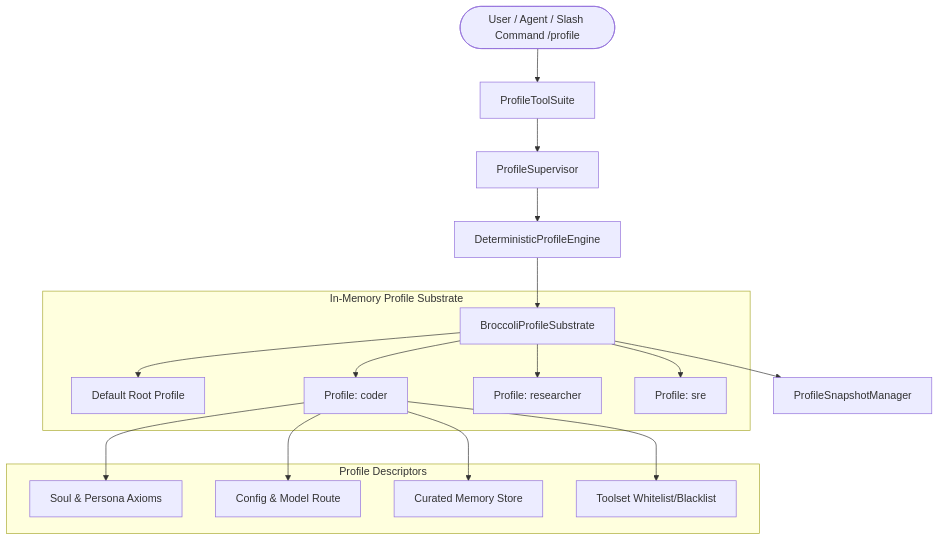
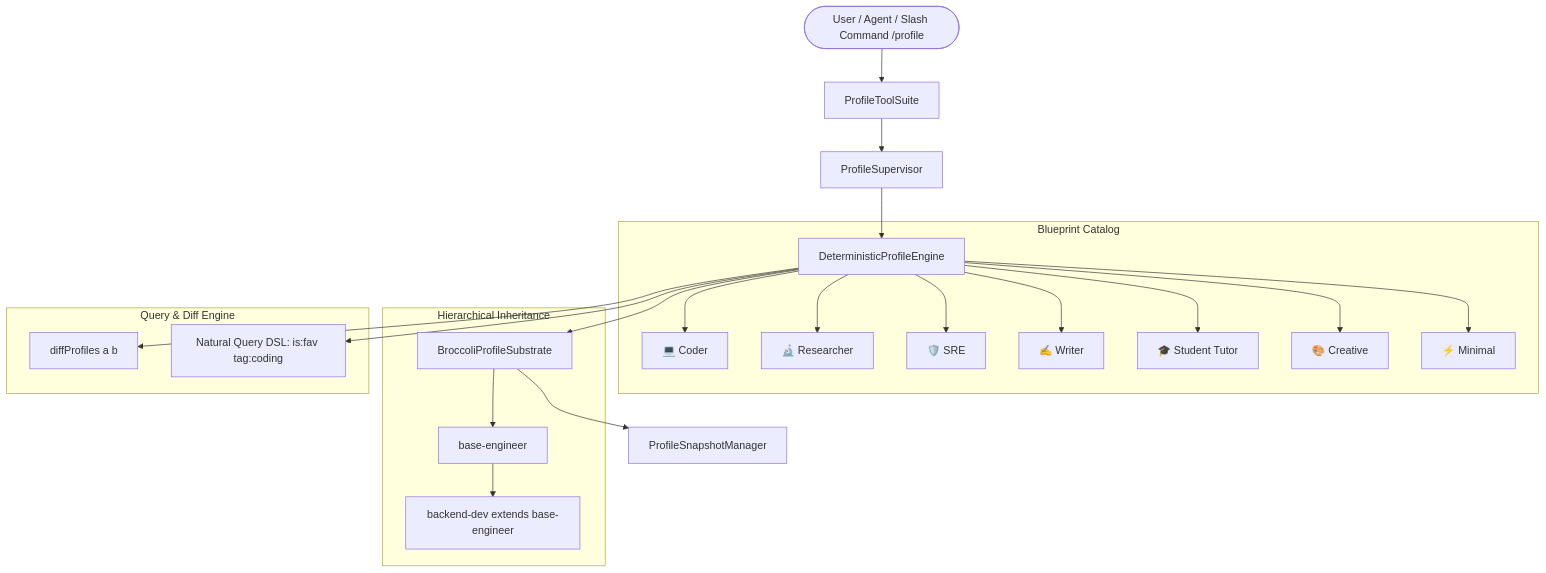
The diagram in .wiki/adr/ADR-119-persistent-multi-profile-isolation-and-routing.md (CardSorting/LUMI-JOY), drawn with Mermaid before and after one commit. The commit also changed other lines of this file and 8 other files, not shown here.

Commit message:
feat(profiles): elevate profile architecture to world-class standards with blueprints catalog, hierarchical inheritance, diffing, and natural query DSL (ADR-119)

````diff
--- a/.wiki/adr/ADR-119-persistent-multi-profile-isolation-and-routing.md
+++ b/.wiki/adr/ADR-119-persistent-multi-profile-isolation-and-routing.md
@@ -10,22 +10,28 @@
 ```mermaid
 graph TD
   Client([User / Agent / Slash Command /profile]) --> PTS[ProfileToolSuite]
   PTS --> PS[ProfileSupervisor]
   PS --> DPE[DeterministicProfileEngine]
   DPE --> BPS[BroccoliProfileSubstrate]
   BPS --> PSM[ProfileSnapshotManager]
 
-  subgraph In-Memory Profile Substrate
-    BPS --> Def[Default Root Profile]
-    BPS --> P1[Profile: coder]
-    BPS --> P2[Profile: researcher]
-    BPS --> P3[Profile: sre]
+  subgraph Blueprint Catalog
+    DPE --> BPCoder[💻 Coder]
+    DPE --> BPRes[🔬 Researcher]
+    DPE --> BPSre[🛡️ SRE]
+    DPE --> BPWriter[✍️ Writer]
+    DPE --> BPStudent[🎓 Student Tutor]
+    DPE --> BPCreative[🎨 Creative]
+    DPE --> BPMinimal[⚡ Minimal]
   end
 
-  subgraph Profile Descriptors
-    P1 --> S1[Soul & Persona Axioms]
-    P1 --> C1[Config & Model Route]
-    P1 --> M1[Curated Memory Store]
-    P1 --> T1[Toolset Whitelist/Blacklist]
+  subgraph Hierarchical Inheritance
+    BPS --> Base[base-engineer]
+    Base --> Child[backend-dev extends base-engineer]
+  end
+
+  subgraph Query & Diff Engine
+    DPE --> DiffEngine[diffProfiles a b]
+    DPE --> DSLParser[Natural Query DSL: is:fav tag:coding]
   end
 ```
````
